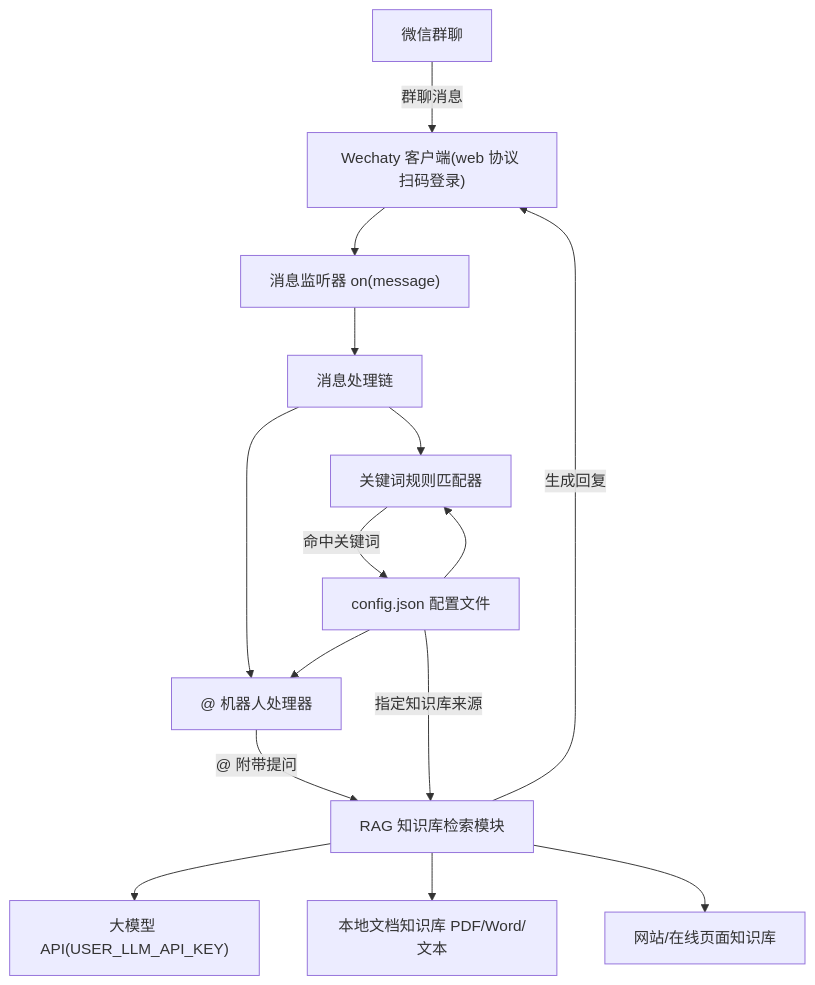
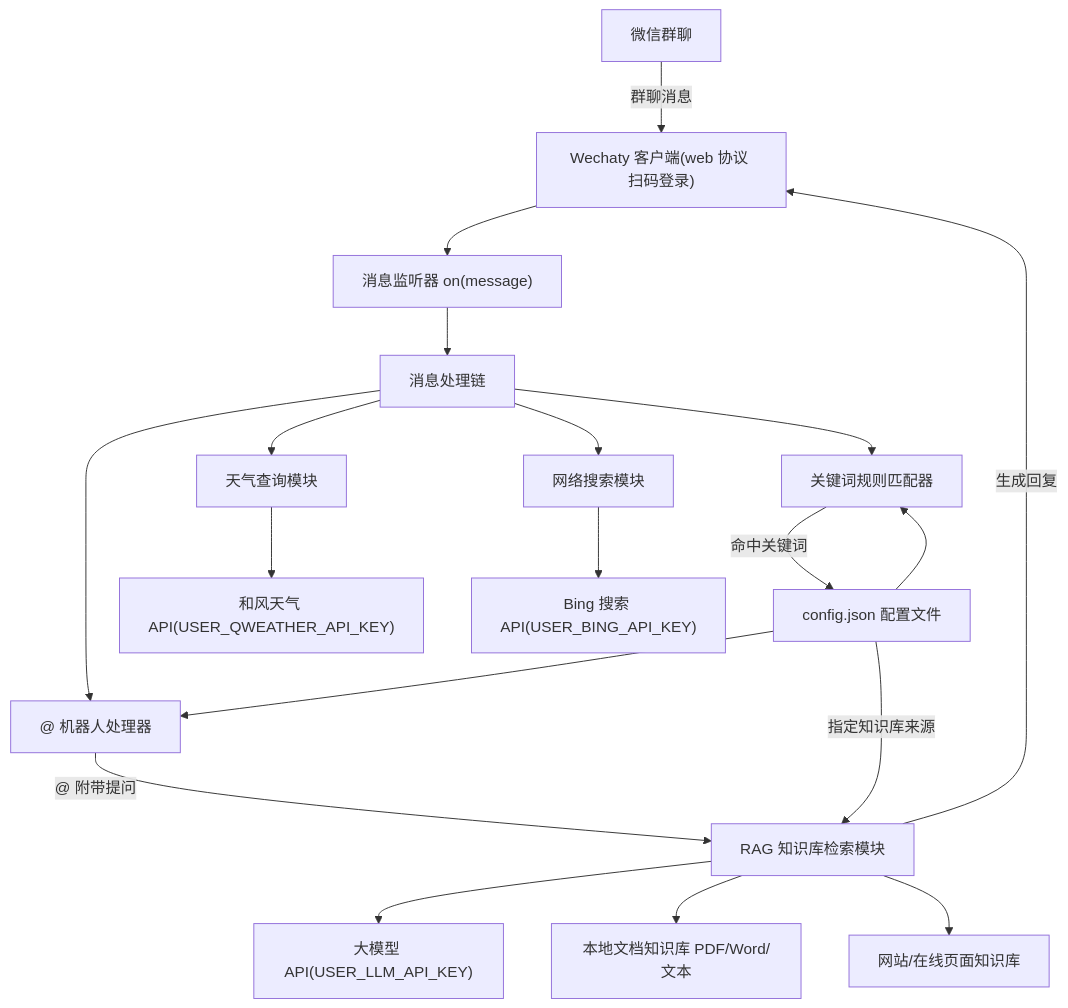
Before and after one commit to crystalalan/Bot-Chat: the diagram in .monkeycode/specs/wechat-group-reply-bot/design.md, drawn with Mermaid. The commit also changed other lines of this file and 11 other files, not shown here.

````diff
--- a/.monkeycode/specs/wechat-group-reply-bot/design.md
+++ b/.monkeycode/specs/wechat-group-reply-bot/design.md
@@ -18,29 +18,37 @@
 ```mermaid
 graph TD
     WeChat["微信群聊"]
     Wechaty["Wechaty 客户端(web 协议 扫码登录)"]
     Listener["消息监听器 on(message)"]
     Handler["消息处理链"]
+    Weather["天气查询模块"]
+    Search["网络搜索模块"]
     RuleMatcher["关键词规则匹配器"]
     MentionHandler["@ 机器人处理器"]
     RAG["RAG 知识库检索模块"]
     LLM["大模型 API(USER_LLM_API_KEY)"]
     Docs["本地文档知识库 PDF/Word/文本"]
     Sites["网站/在线页面知识库"]
     Config["config.json 配置文件"]
+    QWeather["和风天气 API(USER_QWEATHER_API_KEY)"]
+    Bing["Bing 搜索 API(USER_BING_API_KEY)"]
 
     WeChat -->|"群聊消息"| Wechaty
     Wechaty --> Listener
     Listener --> Handler
+    Handler --> Weather
+    Handler --> Search
     Handler --> RuleMatcher
     Handler --> MentionHandler
+    Weather --> QWeather
+    Search --> Bing
     MentionHandler -->|"@ 附带提问"| RAG
     RuleMatcher -->|"命中关键词"| Config
     RAG --> LLM
     RAG --> Docs
     RAG --> Sites
     Config --> RuleMatcher
     Config --> MentionHandler
     RAG -->|"生成回复"| Wechaty
     Config -->|"指定知识库来源"| RAG
 ```
````
